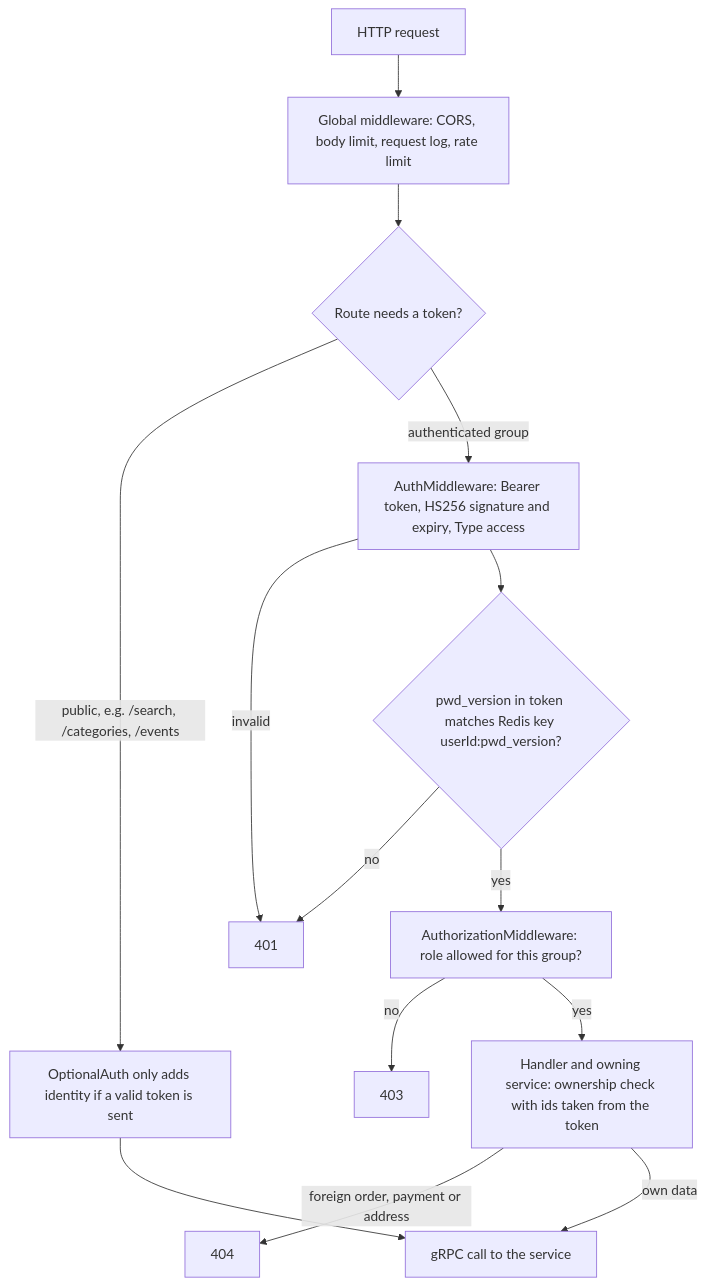
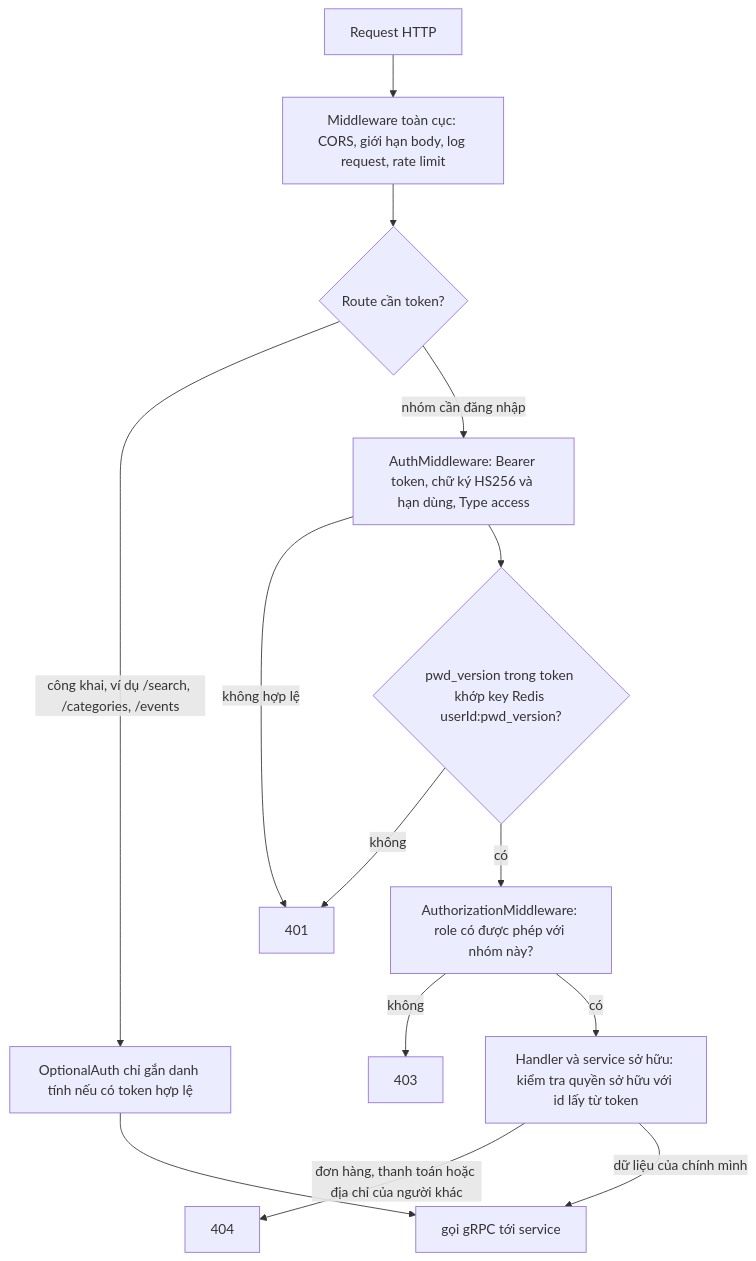
The first of 3 diagrams in docs/design/05_SECURITY.md (khoatran18/mini-marketplace), drawn with Mermaid before and after one commit. The commit also changed other lines of this file and 29 other files, not shown here.

Commit message:
docs: translate to Vietnamese, add session log, data pipeline design, ADR-26..29

````diff
--- a/docs/design/05_SECURITY.md
+++ b/docs/design/05_SECURITY.md
@@ -11,16 +11,16 @@
 ```mermaid
 flowchart TD
-  REQ["HTTP request"] --> GL["Global middleware: CORS, body limit, request log, rate limit"]
-  GL --> RT{"Route needs a token?"}
-  RT -->|"public, e.g. /search, /categories, /events"| OPT["OptionalAuth only adds identity if a valid token is sent"]
-  RT -->|"authenticated group"| AM["AuthMiddleware: Bearer token, HS256 signature and expiry, Type access"]
-  AM -->|"invalid"| E401["401"]
-  AM --> PV{"pwd_version in token matches Redis key userId:pwd_version?"}
-  PV -->|"no"| E401
-  PV -->|"yes"| RO["AuthorizationMiddleware: role allowed for this group?"]
-  RO -->|"no"| E403["403"]
-  RO -->|"yes"| OWN["Handler and owning service: ownership check with ids taken from the token"]
-  OWN -->|"foreign order, payment or address"| E404["404"]
-  OWN -->|"own data"| OK["gRPC call to the service"]
+  REQ["Request HTTP"] --> GL["Middleware toàn cục: CORS, giới hạn body, log request, rate limit"]
+  GL --> RT{"Route cần token?"}
+  RT -->|"công khai, ví dụ /search, /categories, /events"| OPT["OptionalAuth chỉ gắn danh tính nếu có token hợp lệ"]
+  RT -->|"nhóm cần đăng nhập"| AM["AuthMiddleware: Bearer token, chữ ký HS256 và hạn dùng, Type access"]
+  AM -->|"không hợp lệ"| E401["401"]
+  AM --> PV{"pwd_version trong token khớp key Redis userId:pwd_version?"}
+  PV -->|"không"| E401
+  PV -->|"có"| RO["AuthorizationMiddleware: role có được phép với nhóm này?"]
+  RO -->|"không"| E403["403"]
+  RO -->|"có"| OWN["Handler và service sở hữu: kiểm tra quyền sở hữu với id lấy từ token"]
+  OWN -->|"đơn hàng, thanh toán hoặc địa chỉ của người khác"| E404["404"]
+  OWN -->|"dữ liệu của chính mình"| OK["gọi gRPC tới service"]
   OPT --> OK
 ```
````
